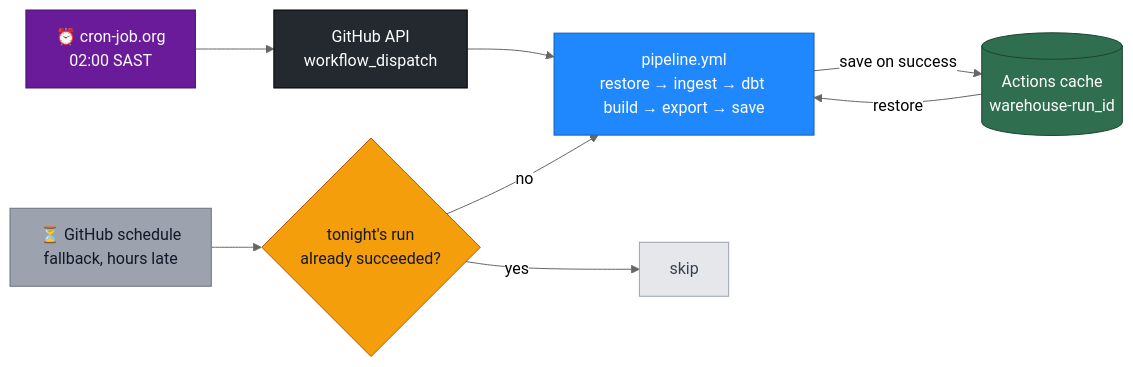
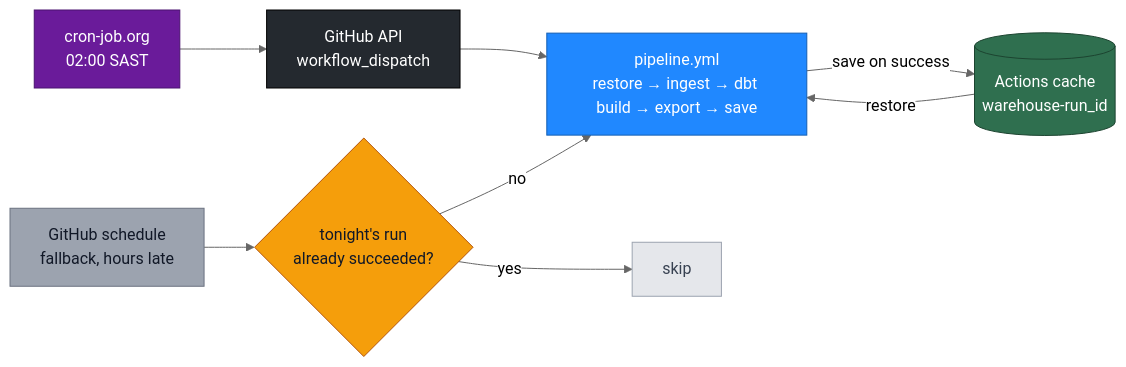
Before and after one commit to andre3oo0/football-analytics: the second of 2 diagrams in README.md, drawn with Mermaid (neutral theme). The commit also changed other lines of this file, not shown here.

````diff
--- a/README.md
+++ b/README.md
@@ -81,24 +81,24 @@
 ```mermaid
 flowchart LR
-    CRON["⏰ cron-job.org<br/>02:00 SAST"]:::trigger
+    CRON["cron-job.org<br/>02:00 SAST"]:::trigger
     DISPATCH["GitHub API<br/>workflow_dispatch"]:::gh
     RUN["pipeline.yml<br/>restore → ingest → dbt build → export → save"]:::run
     CACHE[("Actions cache<br/>warehouse-run_id")]:::cache
-    SCHED["⏳ GitHub schedule<br/>fallback, hours late"]:::fallback
+    SCHED["GitHub schedule<br/>fallback, hours late"]:::fallback
     DECIDE{"tonight's run<br/>already succeeded?"}:::decide
 
     CRON --> DISPATCH --> RUN
     CACHE -- restore --> RUN
     RUN -- save on success --> CACHE
     SCHED --> DECIDE
     DECIDE -- yes --> SKIP["skip"]:::skip
     DECIDE -- no --> RUN
 
     classDef trigger fill:#6A1B9A,stroke:#4a1270,color:#ffffff
     classDef gh fill:#24292f,stroke:#000000,color:#ffffff
     classDef run fill:#2088FF,stroke:#155fb3,color:#ffffff
     classDef cache fill:#2f6f4f,stroke:#1c4430,color:#ffffff
     classDef fallback fill:#9ca3af,stroke:#6b7280,color:#111827
     classDef decide fill:#f59e0b,stroke:#b45309,color:#111827
     classDef skip fill:#e5e7eb,stroke:#9ca3af,color:#374151
 ```
````
